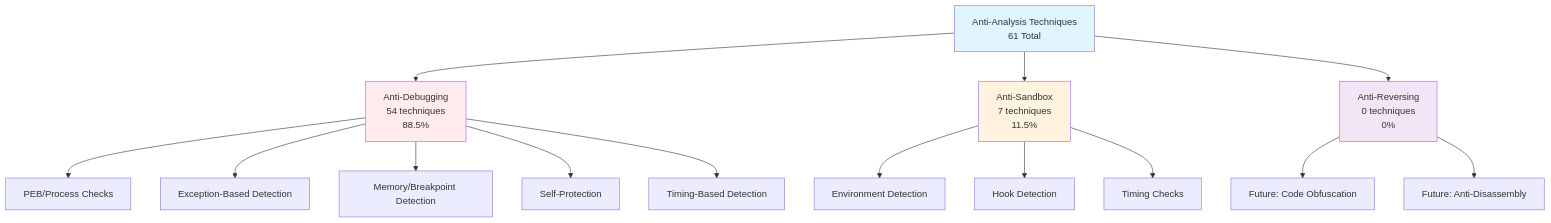
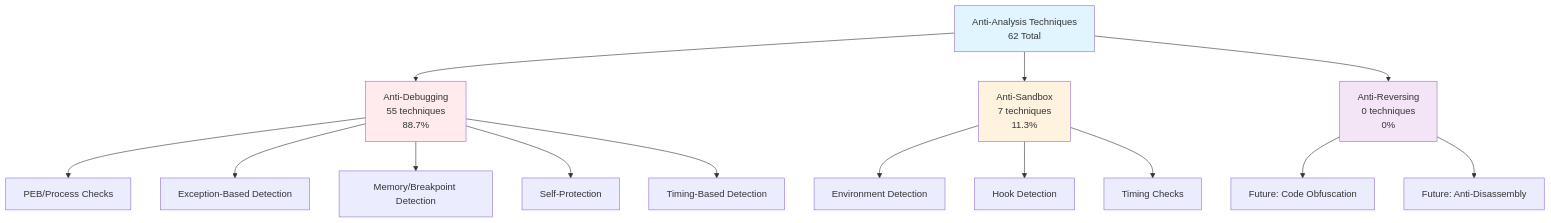
Before and after one commit to mabj/anti: the first of 8 diagrams in docs/diagrams/taxonomy.md, drawn with Mermaid. The commit also changed other lines of this file and 9 other files, not shown here.

````diff
--- a/docs/diagrams/taxonomy.md
+++ b/docs/diagrams/taxonomy.md
@@ -7,24 +7,24 @@
 ```mermaid
 graph TB
-    A[Anti-Analysis Techniques<br/>61 Total] --> B[Anti-Debugging<br/>54 techniques<br/>88.5%]
-    A --> C[Anti-Sandbox<br/>7 techniques<br/>11.5%]
+    A[Anti-Analysis Techniques<br/>62 Total] --> B[Anti-Debugging<br/>55 techniques<br/>88.7%]
+    A --> C[Anti-Sandbox<br/>7 techniques<br/>11.3%]
     A --> D[Anti-Reversing<br/>0 techniques<br/>0%]
 
     B --> B1[PEB/Process Checks]
     B --> B2[Exception-Based Detection]
     B --> B3[Memory/Breakpoint Detection]
     B --> B4[Self-Protection]
     B --> B5[Timing-Based Detection]
 
     C --> C1[Environment Detection]
     C --> C2[Hook Detection]
     C --> C3[Timing Checks]
 
     D --> D1[Future: Code Obfuscation]
     D --> D2[Future: Anti-Disassembly]
 
     style A fill:#e1f5ff
     style B fill:#ffebee
     style C fill:#fff3e0
     style D fill:#f3e5f5
 ```
````
